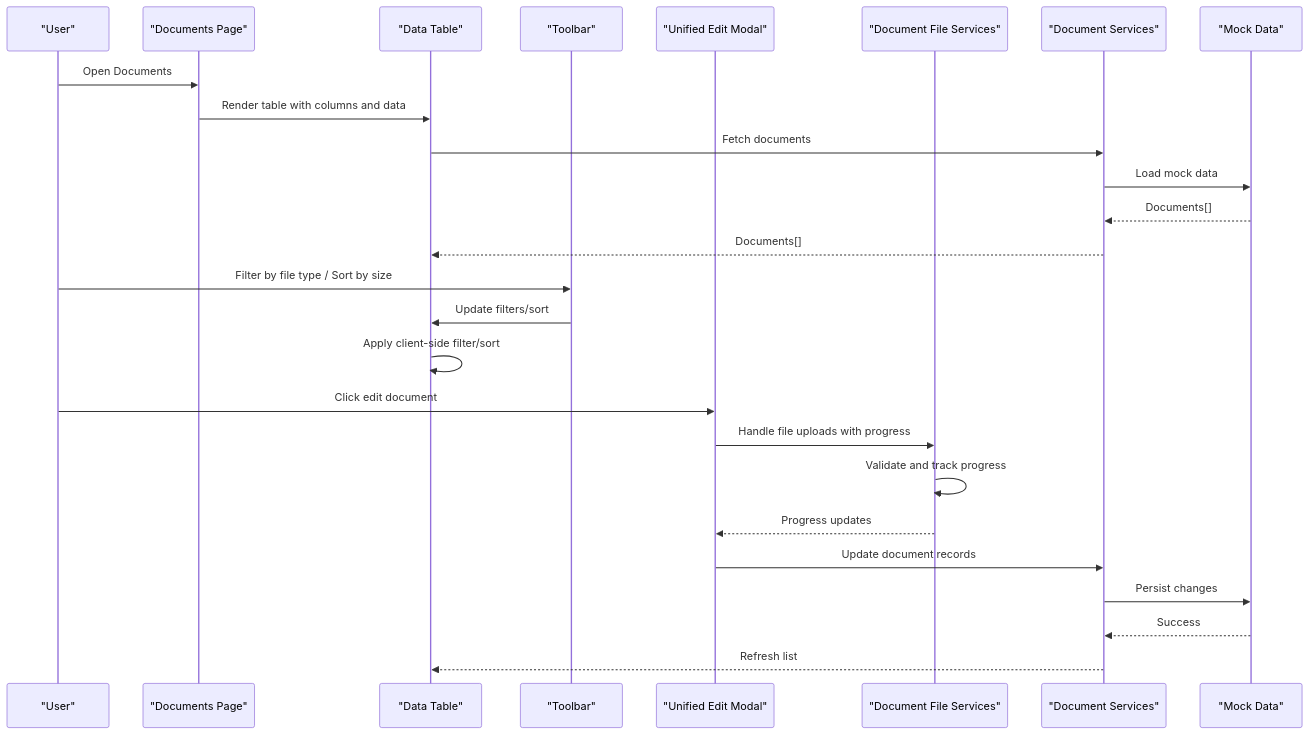
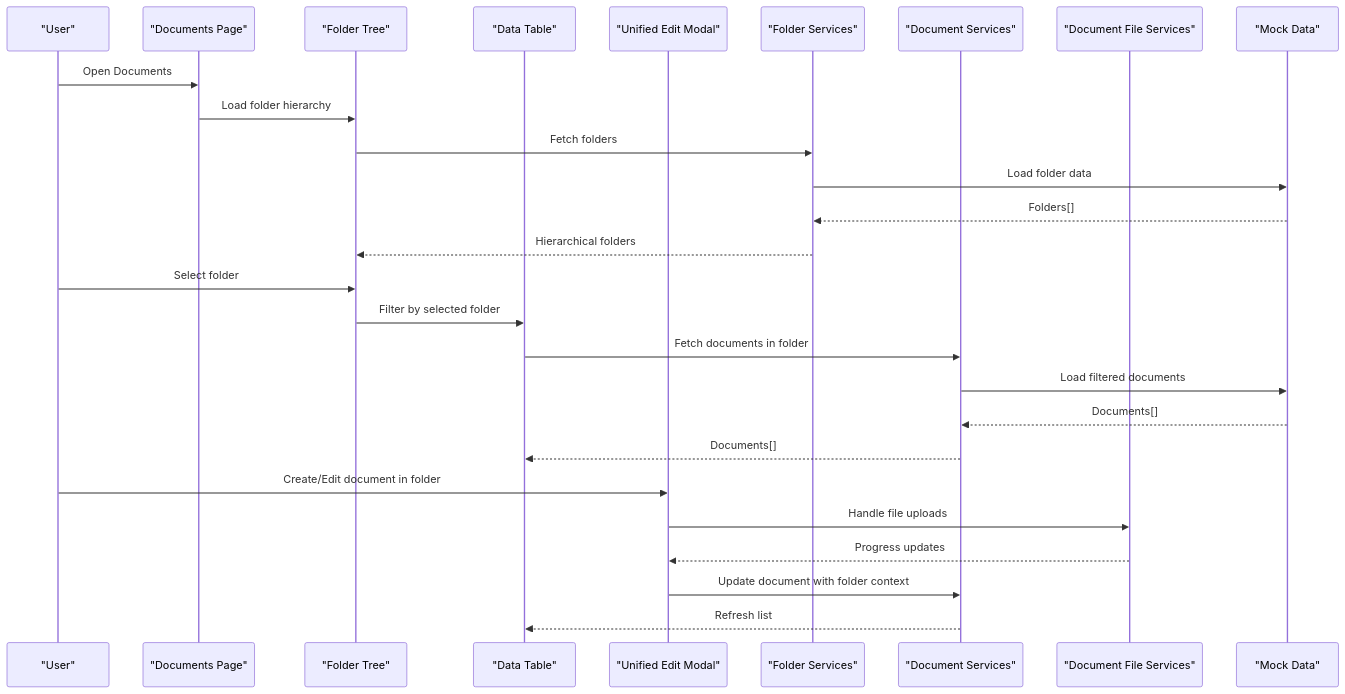
One commit to ngothanhtung/claude-code-shadcn-dashboard changed the second of 8 diagrams in .qoder/repowiki/en/content/Data Management Modules/Document Management.md. Above: the diagram before and after it, drawn with Mermaid. The commit also changed other lines of this file and 112 other files, not shown here.

First line of the commit message:
feat(folder): add hierarchical folder management system with access control

````diff
--- a/.qoder/repowiki/en/content/Data Management Modules/Document Management.md
+++ b/.qoder/repowiki/en/content/Data Management Modules/Document Management.md
@@ -132,28 +137,29 @@
 ```mermaid
 sequenceDiagram
 participant User as "User"
 participant Page as "Documents Page"
+participant FolderTree as "Folder Tree"
 participant Table as "Data Table"
-participant Toolbar as "Toolbar"
 participant EditModal as "Unified Edit Modal"
+participant FolderSvc as "Folder Services"
+participant DocSvc as "Document Services"
 participant FileSvc as "Document File Services"
-participant DocSvc as "Document Services"
 participant Mock as "Mock Data"
 User->>Page : Open Documents
-Page->>Table : Render table with columns and data
-Table->>DocSvc : Fetch documents
-DocSvc->>Mock : Load mock data
+Page->>FolderTree : Load folder hierarchy
+FolderTree->>FolderSvc : Fetch folders
+FolderSvc->>Mock : Load folder data
+Mock-->>FolderSvc : Folders[]
+FolderSvc-->>FolderTree : Hierarchical folders
+User->>FolderTree : Select folder
+FolderTree->>Table : Filter by selected folder
+Table->>DocSvc : Fetch documents in folder
+DocSvc->>Mock : Load filtered documents
 Mock-->>DocSvc : Documents[]
 DocSvc-->>Table : Documents[]
-User->>Toolbar : Filter by file type / Sort by size
-Toolbar->>Table : Update filters/sort
-Table->>Table : Apply client-side filter/sort
-User->>EditModal : Click edit document
-EditModal->>FileSvc : Handle file uploads with progress
-FileSvc->>FileSvc : Validate and track progress
+User->>EditModal : Create/Edit document in folder
+EditModal->>FileSvc : Handle file uploads
 FileSvc-->>EditModal : Progress updates
-EditModal->>DocSvc : Update document records
-DocSvc->>Mock : Persist changes
-Mock-->>DocSvc : Success
+EditModal->>DocSvc : Update document with folder context
 DocSvc-->>Table : Refresh list
 ```
````
